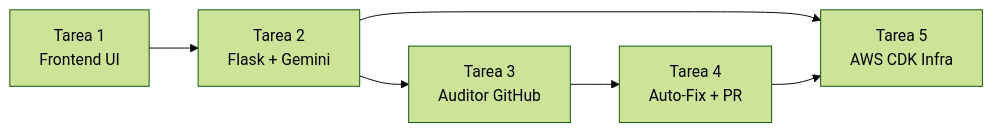
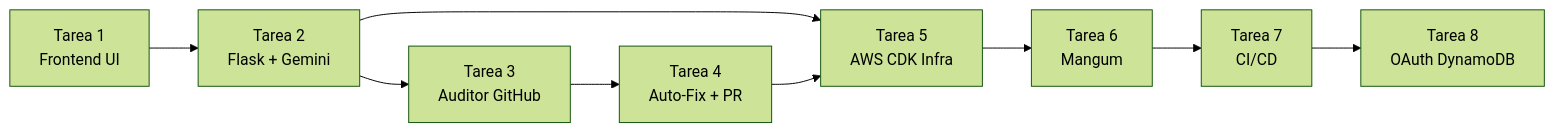
The diagram in .kiro/specs/app/tasks.md (wigsdev/omnispec-ai), drawn with Mermaid (forest theme) before and after one commit. The commit also changed other lines of this file and 3 other files, not shown here.

First line of the commit message:
feat(api): migra OAuth store a DynamoDB + postMessage (fix reconexión)

````diff
--- a/.kiro/specs/app/tasks.md
+++ b/.kiro/specs/app/tasks.md
@@ -203,8 +327,11 @@
 ```mermaid
 graph LR
     T1[Tarea 1<br/>Frontend UI] --> T2[Tarea 2<br/>Flask + Gemini]
     T2 --> T3[Tarea 3<br/>Auditor GitHub]
     T3 --> T4[Tarea 4<br/>Auto-Fix + PR]
     T2 --> T5[Tarea 5<br/>AWS CDK Infra]
     T4 --> T5
+    T5 --> T6[Tarea 6<br/>Mangum]
+    T6 --> T7[Tarea 7<br/>CI/CD]
+    T7 --> T8[Tarea 8<br/>OAuth DynamoDB]
 ```
````
